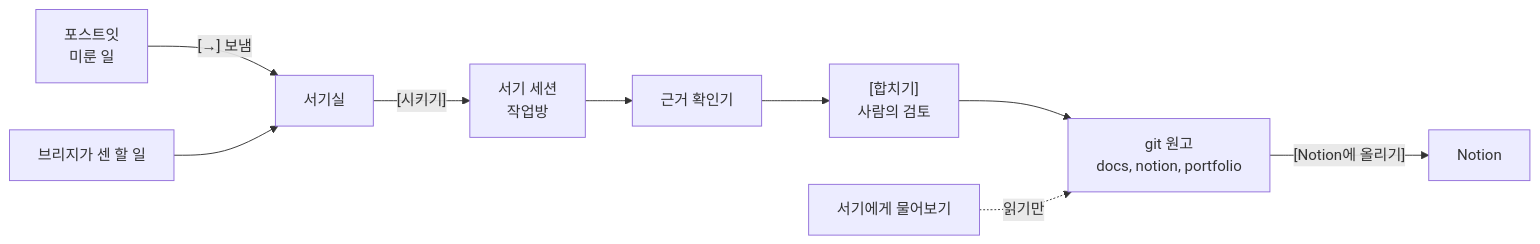
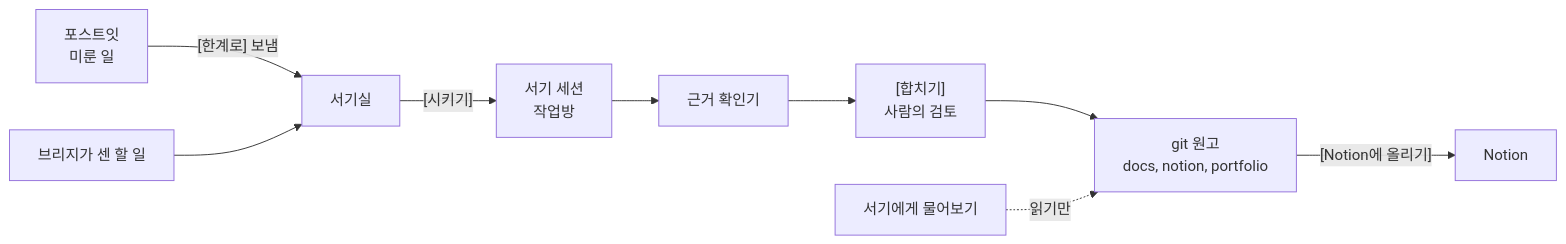
Before and after one commit to Gabriel-Joo/foreman: the diagram in notion/10_scribe.md, drawn with Mermaid. The commit also changed other lines of this file and 5 other files, not shown here.

````diff
--- a/notion/10_scribe.md
+++ b/notion/10_scribe.md
@@ -103,11 +103,11 @@
 ```mermaid
 flowchart LR
-  P[포스트잇<br/>미룬 일] -->|"[→] 보냄"| R
+  P[포스트잇<br/>미룬 일] -->|"[한계로] 보냄"| R
   T[브리지가 센 할 일] --> R[서기실]
   R -->|"[시키기]"| S[서기 세션<br/>작업방]
   S --> E[근거 확인기]
   E --> M["[합치기]<br/>사람의 검토"]
   M --> G[git 원고<br/>docs, notion, portfolio]
   G -->|"[Notion에 올리기]"| N[Notion]
   Q[서기에게 물어보기] -.->|읽기만| G
 ```
````
